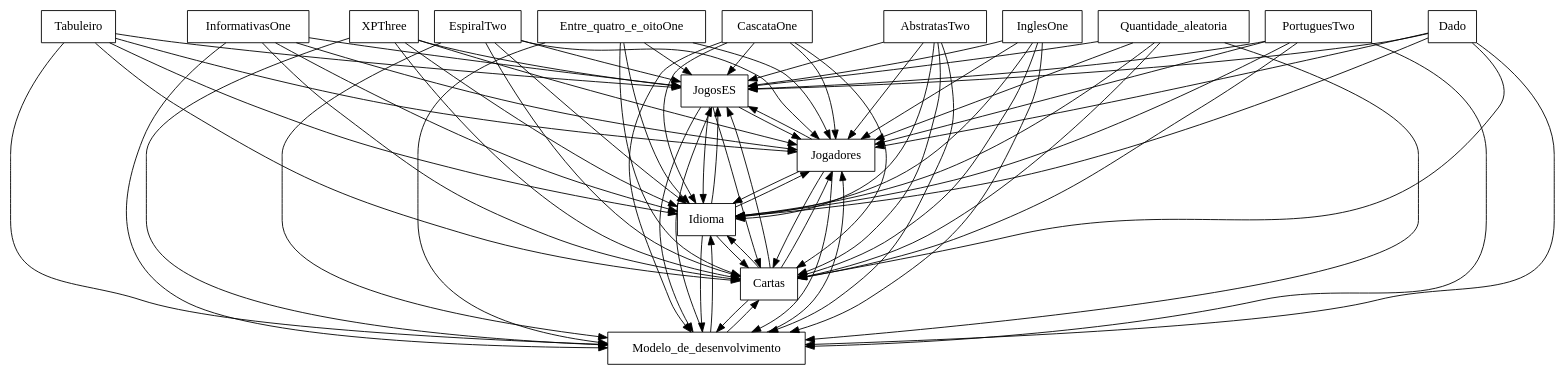
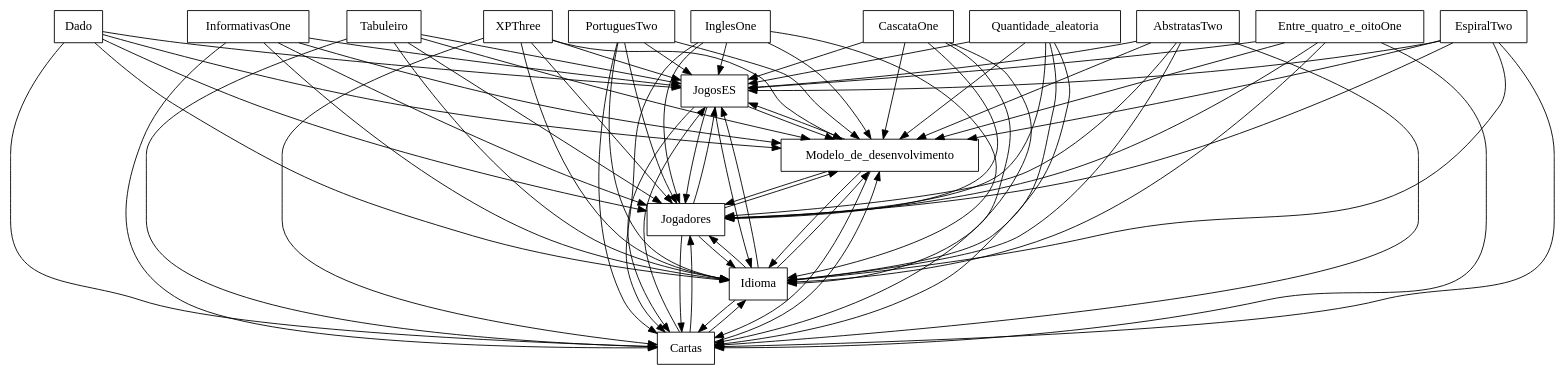
The diagram in FAMILIAR/output/SPLOT-big/fm_161_model_20120423_1196408273.xml.dot (FAMILIAR-project/familiar-language), drawn with Graphviz before and after one commit. The commit also changed 204 other files, not shown here.

```diff
--- a/FAMILIAR/output/SPLOT-big/fm_161_model_20120423_1196408273.xml.dot
+++ b/FAMILIAR/output/SPLOT-big/fm_161_model_20120423_1196408273.xml.dot
@@ -1,96 +1,96 @@
 digraph{
 graph [rankdir=TB];
 node [shape=box];
 edge [arrowhead=normal];
 0[label="InformativasOne",]
-1[label="JogosES",]
-2[label="XPThree",]
-3[label="Entre_quatro_e_oitoOne",]
-4[label="EspiralTwo",]
-5[label="Jogadores",]
-6[label="CascataOne",]
-7[label="Tabuleiro",]
-8[label="PortuguesTwo",]
-9[label="InglesOne",]
-10[label="Dado",]
-11[label="Quantidade_aleatoria",]
-12[label="Modelo_de_desenvolvimento",]
-13[label="Cartas",]
-14[label="Idioma",]
-15[label="AbstratasTwo",]
-0->1[label="",]
-0->5[label="",]
+1[label="Tabuleiro",]
+2[label="PortuguesTwo",]
+3[label="JogosES",]
+4[label="XPThree",]
+5[label="InglesOne",]
+6[label="Dado",]
+7[label="Entre_quatro_e_oitoOne",]
+8[label="Quantidade_aleatoria",]
+9[label="Modelo_de_desenvolvimento",]
+10[label="Cartas",]
+11[label="EspiralTwo",]
+12[label="Idioma",]
+13[label="Jogadores",]
+14[label="AbstratasTwo",]
+15[label="CascataOne",]
+0->3[label="",]
+0->9[label="",]
+0->10[label="",]
 0->12[label="",]
 0->13[label="",]
-0->14[label="",]
-1->5[label="",]
+1->3[label="",]
+1->9[label="",]
+1->10[label="",]
 1->12[label="",]
 1->13[label="",]
-1->14[label="",]
-2->1[label="",]
-2->5[label="",]
+2->3[label="",]
+2->9[label="",]
+2->10[label="",]
 2->12[label="",]
 2->13[label="",]
-2->14[label="",]
-3->1[label="",]
-3->5[label="",]
+3->9[label="",]
+3->10[label="",]
 3->12[label="",]
 3->13[label="",]
-3->14[label="",]
-4->1[label="",]
-4->5[label="",]
+4->3[label="",]
+4->9[label="",]
+4->10[label="",]
 4->12[label="",]
 4->13[label="",]
-4->14[label="",]
-5->1[label="",]
+5->3[label="",]
+5->9[label="",]
+5->10[label="",]
 5->12[label="",]
 5->13[label="",]
-5->14[label="",]
-6->1[label="",]
-6->5[label="",]
+6->3[label="",]
+6->9[label="",]
+6->10[label="",]
 6->12[label="",]
 6->13[label="",]
-6->14[label="",]
-7->1[label="",]
-7->5[label="",]
+7->3[label="",]
+7->9[label="",]
+7->10[label="",]
 7->12[label="",]
 7->13[label="",]
-7->14[label="",]
-8->1[label="",]
-8->5[label="",]
+8->3[label="",]
+8->9[label="",]
+8->10[label="",]
 8->12[label="",]
 8->13[label="",]
-8->14[label="",]
-9->1[label="",]
-9->5[label="",]
+9->3[label="",]
+9->10[label="",]
 9->12[label="",]
 9->13[label="",]
-9->14[label="",]
-10->1[label="",]
-10->5[label="",]
+10->3[label="",]
+10->9[label="",]
 10->12[label="",]
 10->13[label="",]
-10->14[label="",]
-11->1[label="",]
-11->5[label="",]
+11->3[label="",]
+11->9[label="",]
+11->10[label="",]
 11->12[label="",]
 11->13[label="",]
-11->14[label="",]
-12->1[label="",]
-12->5[label="",]
+12->3[label="",]
+12->9[label="",]
+12->10[label="",]
 12->13[label="",]
-12->14[label="",]
-13->1[label="",]
-13->5[label="",]
+13->3[label="",]
+13->9[label="",]
+13->10[label="",]
 13->12[label="",]
-13->14[label="",]
-14->1[label="",]
-14->5[label="",]
+14->3[label="",]
+14->9[label="",]
+14->10[label="",]
 14->12[label="",]
 14->13[label="",]
-15->1[label="",]
-15->5[label="",]
+15->3[label="",]
+15->9[label="",]
+15->10[label="",]
 15->12[label="",]
 15->13[label="",]
-15->14[label="",]
 }
```
